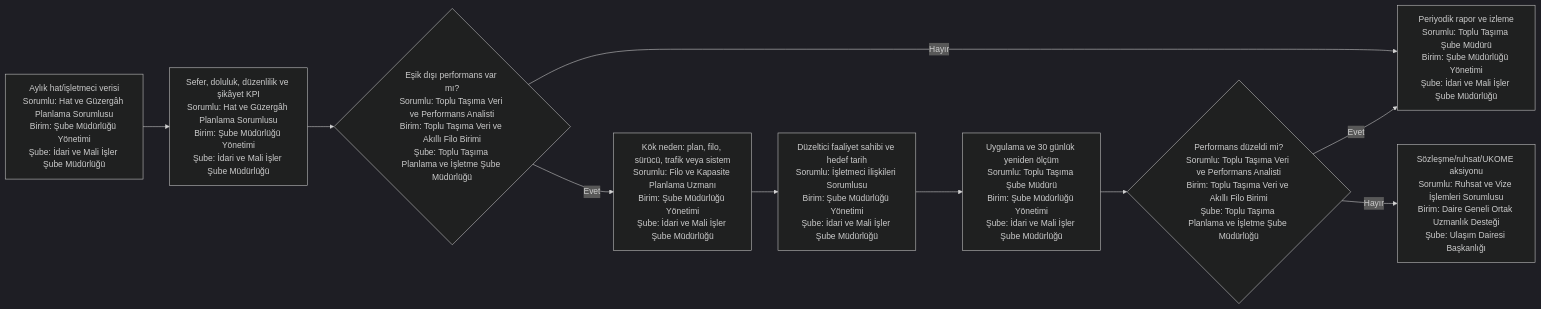
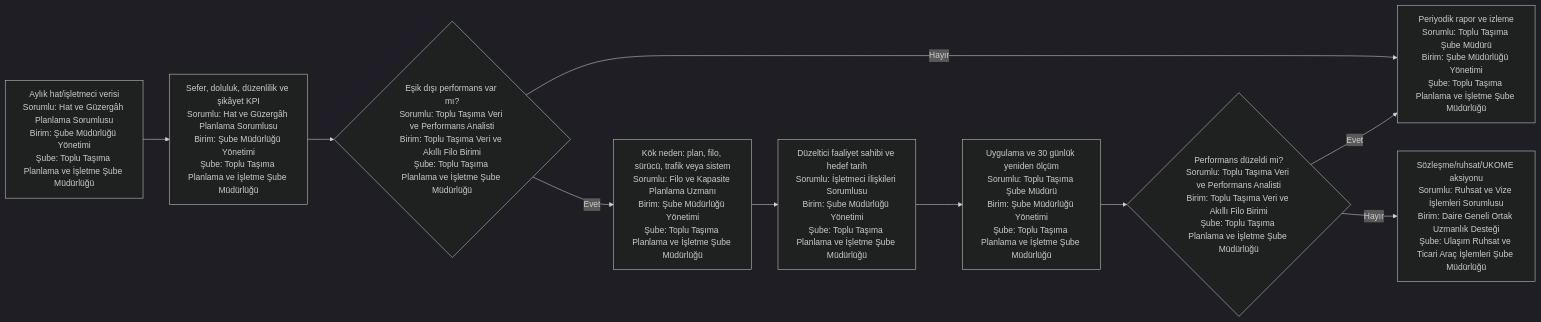
One commit to merdaergen-create/Ulasim_Dairesi_Is_Analizi changed the fifth of 5 diagrams in 15_yalin_surec_haritalari/toplu_ulasim/README.md. Above: the diagram before and after it, drawn with Mermaid (dark theme). The commit also changed other lines of this file and 8 other files, not shown here.

````diff
--- a/15_yalin_surec_haritalari/toplu_ulasim/README.md
+++ b/15_yalin_surec_haritalari/toplu_ulasim/README.md
@@ -168,12 +168,12 @@
 ```mermaid
 flowchart LR
-    A[Aylık hat/işletmeci verisi<br/>Sorumlu: Hat ve Güzergâh Planlama Sorumlusu<br/>Birim: Şube Müdürlüğü Yönetimi<br/>Şube: İdari ve Mali İşler Şube Müdürlüğü] --> B[Sefer, doluluk, düzenlilik ve şikâyet KPI<br/>Sorumlu: Hat ve Güzergâh Planlama Sorumlusu<br/>Birim: Şube Müdürlüğü Yönetimi<br/>Şube: İdari ve Mali İşler Şube Müdürlüğü]
+    A[Aylık hat/işletmeci verisi<br/>Sorumlu: Hat ve Güzergâh Planlama Sorumlusu<br/>Birim: Şube Müdürlüğü Yönetimi<br/>Şube: Toplu Taşıma Planlama ve İşletme Şube Müdürlüğü] --> B[Sefer, doluluk, düzenlilik ve şikâyet KPI<br/>Sorumlu: Hat ve Güzergâh Planlama Sorumlusu<br/>Birim: Şube Müdürlüğü Yönetimi<br/>Şube: Toplu Taşıma Planlama ve İşletme Şube Müdürlüğü]
     B --> C{Eşik dışı performans var mı?<br/>Sorumlu: Toplu Taşıma Veri ve Performans Analisti<br/>Birim: Toplu Taşıma Veri ve Akıllı Filo Birimi<br/>Şube: Toplu Taşıma Planlama ve İşletme Şube Müdürlüğü}
-    C -- Hayır --> D[Periyodik rapor ve izleme<br/>Sorumlu: Toplu Taşıma Şube Müdürü<br/>Birim: Şube Müdürlüğü Yönetimi<br/>Şube: İdari ve Mali İşler Şube Müdürlüğü]
-    C -- Evet --> E[Kök neden: plan, filo, sürücü, trafik veya sistem<br/>Sorumlu: Filo ve Kapasite Planlama Uzmanı<br/>Birim: Şube Müdürlüğü Yönetimi<br/>Şube: İdari ve Mali İşler Şube Müdürlüğü]
-    E --> F[Düzeltici faaliyet sahibi ve hedef tarih<br/>Sorumlu: İşletmeci İlişkileri Sorumlusu<br/>Birim: Şube Müdürlüğü Yönetimi<br/>Şube: İdari ve Mali İşler Şube Müdürlüğü]
-    F --> G[Uygulama ve 30 günlük yeniden ölçüm<br/>Sorumlu: Toplu Taşıma Şube Müdürü<br/>Birim: Şube Müdürlüğü Yönetimi<br/>Şube: İdari ve Mali İşler Şube Müdürlüğü]
+    C -- Hayır --> D[Periyodik rapor ve izleme<br/>Sorumlu: Toplu Taşıma Şube Müdürü<br/>Birim: Şube Müdürlüğü Yönetimi<br/>Şube: Toplu Taşıma Planlama ve İşletme Şube Müdürlüğü]
+    C -- Evet --> E[Kök neden: plan, filo, sürücü, trafik veya sistem<br/>Sorumlu: Filo ve Kapasite Planlama Uzmanı<br/>Birim: Şube Müdürlüğü Yönetimi<br/>Şube: Toplu Taşıma Planlama ve İşletme Şube Müdürlüğü]
+    E --> F[Düzeltici faaliyet sahibi ve hedef tarih<br/>Sorumlu: İşletmeci İlişkileri Sorumlusu<br/>Birim: Şube Müdürlüğü Yönetimi<br/>Şube: Toplu Taşıma Planlama ve İşletme Şube Müdürlüğü]
+    F --> G[Uygulama ve 30 günlük yeniden ölçüm<br/>Sorumlu: Toplu Taşıma Şube Müdürü<br/>Birim: Şube Müdürlüğü Yönetimi<br/>Şube: Toplu Taşıma Planlama ve İşletme Şube Müdürlüğü]
     G --> H{Performans düzeldi mi?<br/>Sorumlu: Toplu Taşıma Veri ve Performans Analisti<br/>Birim: Toplu Taşıma Veri ve Akıllı Filo Birimi<br/>Şube: Toplu Taşıma Planlama ve İşletme Şube Müdürlüğü}
-    H -- Hayır --> I[Sözleşme/ruhsat/UKOME aksiyonu<br/>Sorumlu: Ruhsat ve Vize İşlemleri Sorumlusu<br/>Birim: Daire Geneli Ortak Uzmanlık Desteği<br/>Şube: Ulaşım Dairesi Başkanlığı]
+    H -- Hayır --> I[Sözleşme/ruhsat/UKOME aksiyonu<br/>Sorumlu: Ruhsat ve Vize İşlemleri Sorumlusu<br/>Birim: Daire Geneli Ortak Uzmanlık Desteği<br/>Şube: Ulaşım Ruhsat ve Ticari Araç İşlemleri Şube Müdürlüğü]
     H -- Evet --> D
 ```
````
